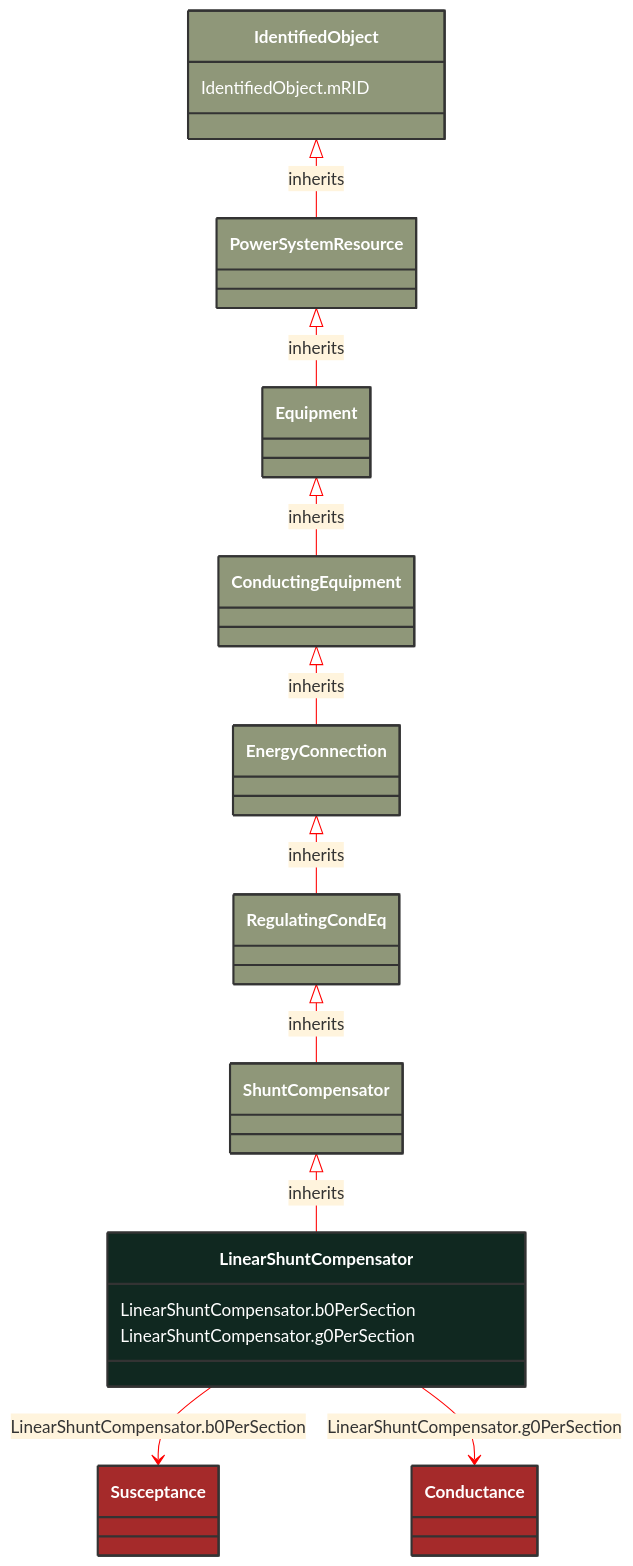
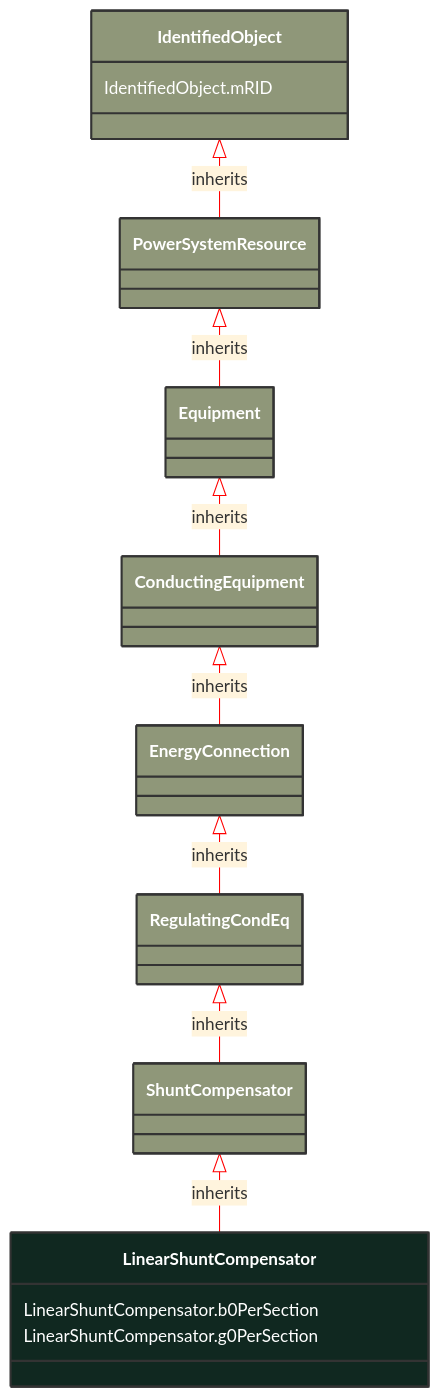
Before and after one commit to 3lbits/NoCIMExtensions: the diagram in docs/Models/Profiles/ShortCircuit/ConcreteClasses/LinearShuntCompensator.md, drawn with Mermaid. The commit also changed other lines of this file and 397 other files, not shown here.

First line of the commit message:
Refactor CIM schemas to introduce abstract classes and consolidate data types

````diff
--- a/docs/Models/Profiles/ShortCircuit/ConcreteClasses/LinearShuntCompensator.md
+++ b/docs/Models/Profiles/ShortCircuit/ConcreteClasses/LinearShuntCompensator.md
@@ -8,51 +8,41 @@
 ```mermaid
 %%{init: {'theme':'base','themeVariables': {'lineColor': '#FF0000'}}}%%
 classDiagram
     class LinearShuntCompensator
     click LinearShuntCompensator href "/Models/Profiles/ShortCircuit/ConcreteClasses/LinearShuntCompensator/"
     style LinearShuntCompensator fill:#102820,stroke:#333,stroke-width:2px,rx:10,ry:10,color:white
      
         ShuntCompensator <|-- LinearShuntCompensator : inherits
-            click ShuntCompensator href "/Models/Profiles/ShortCircuit/ConcreteClasses/ShuntCompensator/"
+            click ShuntCompensator href "/Models/Profiles/ShortCircuit/AbstractClasses/ShuntCompensator/"
             style ShuntCompensator fill:#8F9779,stroke:#333,stroke-width:2px,rx:10,ry:10,color:white
      
         RegulatingCondEq <|-- ShuntCompensator : inherits
-            click RegulatingCondEq href "/Models/Profiles/ShortCircuit/ConcreteClasses/RegulatingCondEq/"
+            click RegulatingCondEq href "/Models/Profiles/ShortCircuit/AbstractClasses/RegulatingCondEq/"
             style RegulatingCondEq fill:#8F9779,stroke:#333,stroke-width:2px,rx:10,ry:10,color:white
      
         EnergyConnection <|-- RegulatingCondEq : inherits
-            click EnergyConnection href "/Models/Profiles/ShortCircuit/ConcreteClasses/EnergyConnection/"
+            click EnergyConnection href "/Models/Profiles/ShortCircuit/AbstractClasses/EnergyConnection/"
             style EnergyConnection fill:#8F9779,stroke:#333,stroke-width:2px,rx:10,ry:10,color:white
      
         ConductingEquipment <|-- EnergyConnection : inherits
-            click ConductingEquipment href "/Models/Profiles/ShortCircuit/ConcreteClasses/ConductingEquipment/"
+            click ConductingEquipment href "/Models/Profiles/ShortCircuit/AbstractClasses/ConductingEquipment/"
             style ConductingEquipment fill:#8F9779,stroke:#333,stroke-width:2px,rx:10,ry:10,color:white
      
         Equipment <|-- ConductingEquipment : inherits
-            click Equipment href "/Models/Profiles/ShortCircuit/ConcreteClasses/Equipment/"
+            click Equipment href "/Models/Profiles/ShortCircuit/AbstractClasses/Equipment/"
             style Equipment fill:#8F9779,stroke:#333,stroke-width:2px,rx:10,ry:10,color:white
      
         PowerSystemResource <|-- Equipment : inherits
-            click PowerSystemResource href "/Models/Profiles/ShortCircuit/ConcreteClasses/PowerSystemResource/"
+            click PowerSystemResource href "/Models/Profiles/ShortCircuit/AbstractClasses/PowerSystemResource/"
             style PowerSystemResource fill:#8F9779,stroke:#333,stroke-width:2px,rx:10,ry:10,color:white
      
         IdentifiedObject <|-- PowerSystemResource : inherits
-            click IdentifiedObject href "/Models/Profiles/ShortCircuit/ConcreteClasses/IdentifiedObject/"
+            click IdentifiedObject href "/Models/Profiles/ShortCircuit/AbstractClasses/IdentifiedObject/"
             style IdentifiedObject fill:#8F9779,stroke:#333,stroke-width:2px,rx:10,ry:10,color:white
 
-        LinearShuntCompensator --> Susceptance : LinearShuntCompensator.b0PerSection
-
-        Susceptance
-            click Susceptance href "/Models/Profiles/ShortCircuit/ConcreteClasses/Susceptance/"
-            style Susceptance fill:#A52A2A,stroke:#333,stroke-width:2px,rx:10,ry:10,color:white
-        LinearShuntCompensator --> Conductance : LinearShuntCompensator.g0PerSection
-
-        Conductance
-            click Conductance href "/Models/Profiles/ShortCircuit/ConcreteClasses/Conductance/"
-            style Conductance fill:#A52A2A,stroke:#333,stroke-width:2px,rx:10,ry:10,color:white
 
 
         LinearShuntCompensator : LinearShuntCompensator.b0PerSection
         LinearShuntCompensator : LinearShuntCompensator.g0PerSection
         IdentifiedObject : IdentifiedObject.mRID
 ```
````
